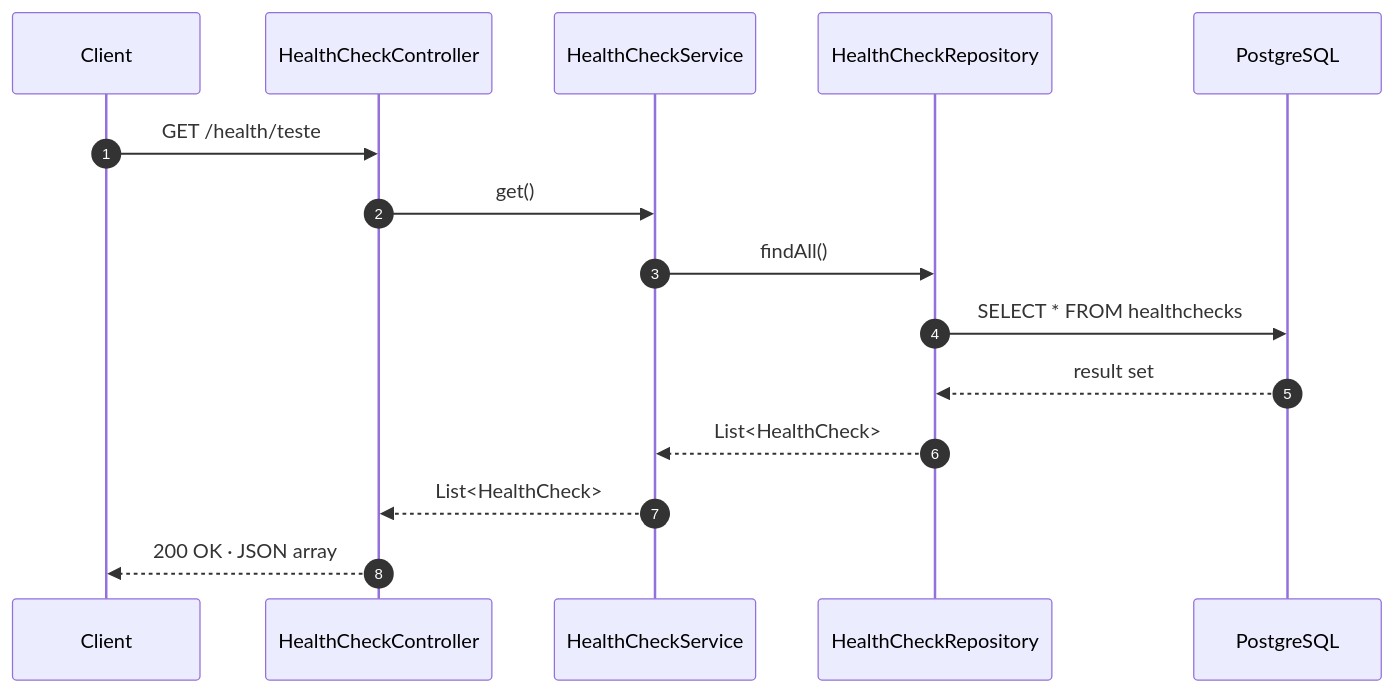
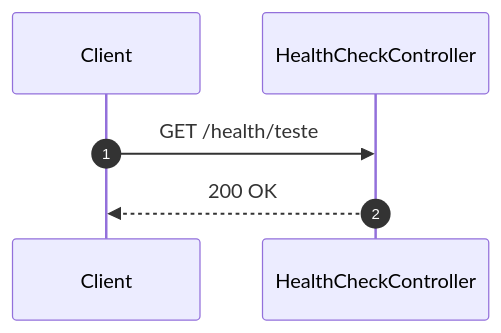
The tenth of 11 diagrams in docs/architecture.md (igoorj/courses-aws), drawn with Mermaid before and after one commit. The commit also changed other lines of this file, not shown here.

Commit message:
docs: atualiza documentação automática [skip ci]

````diff
--- a/docs/architecture.md
+++ b/docs/architecture.md
@@ -229,18 +229,9 @@
 ```mermaid
 sequenceDiagram
     autonumber
     participant C as Client
     participant Ctrl as HealthCheckController
-    participant Svc as HealthCheckService
-    participant Repo as HealthCheckRepository
-    participant DB as PostgreSQL
 
     C->>Ctrl: GET /health/teste
-    Ctrl->>Svc: get()
-    Svc->>Repo: findAll()
-    Repo->>DB: SELECT * FROM healthchecks
-    DB-->>Repo: result set
-    Repo-->>Svc: List<HealthCheck>
-    Svc-->>Ctrl: List<HealthCheck>
-    Ctrl-->>C: 200 OK · JSON array
+    Ctrl-->>C: 200 OK
 ```
````
